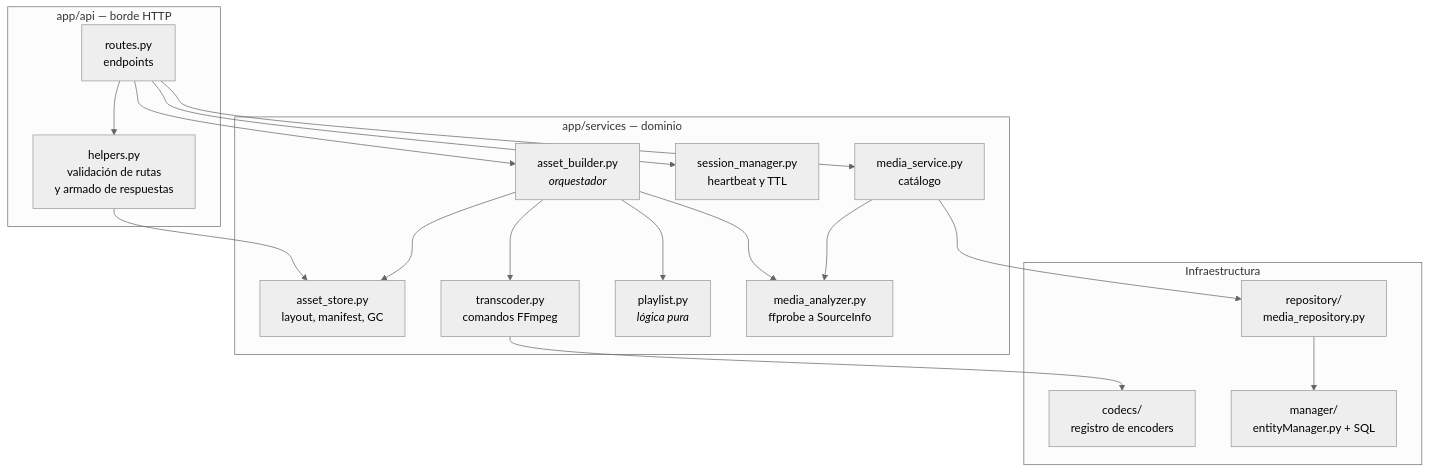
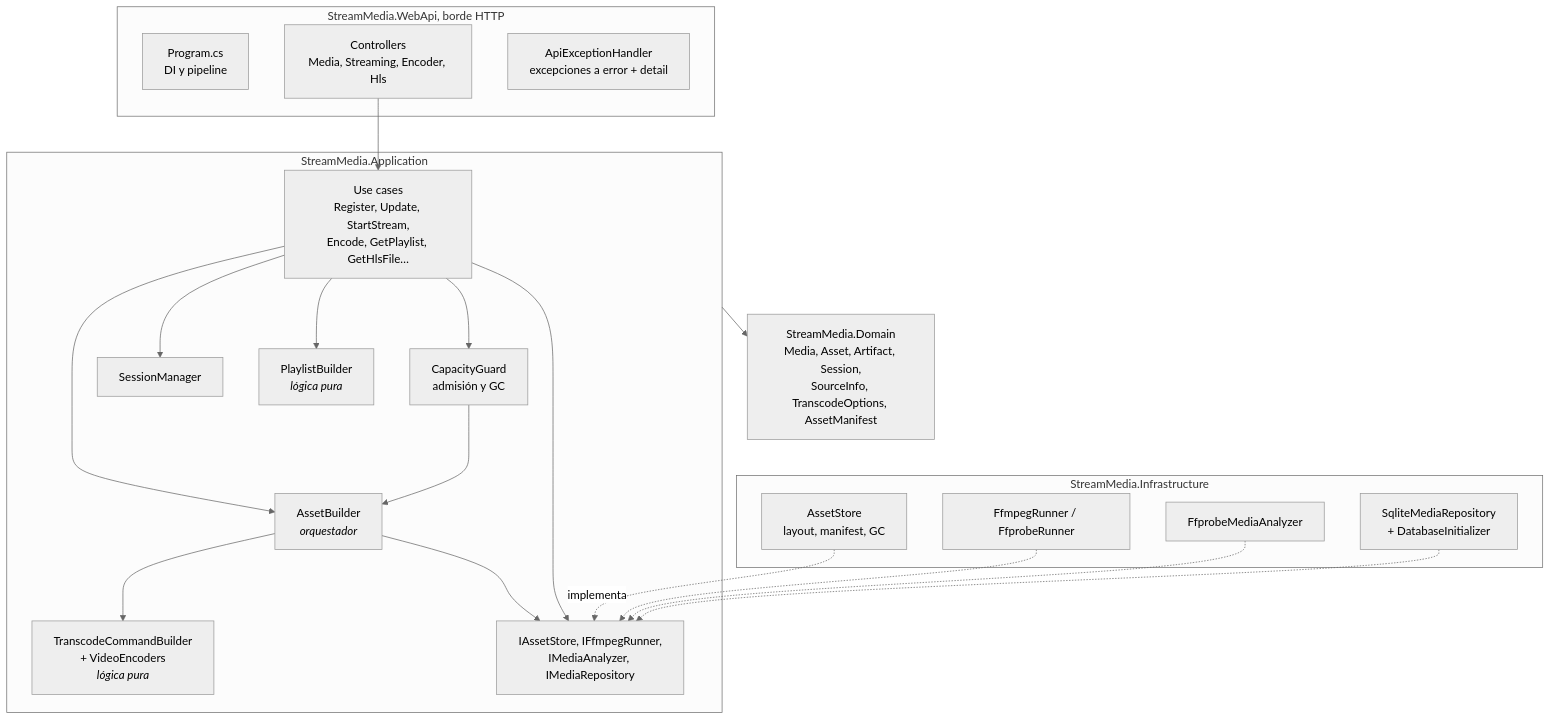
Before and after one commit to Juan045/home-stream-app: the third of 15 diagrams in system_arquitecture.md, drawn with Mermaid (neutral theme). The commit also changed other lines of this file and 8 other files, not shown here.

````diff
--- a/system_arquitecture.md
+++ b/system_arquitecture.md
@@ -117,37 +123,42 @@
 ```mermaid
 flowchart TB
-    subgraph api["app/api — borde HTTP"]
-        ROUTES["routes.py<br/>endpoints"]
-        HELP["helpers.py<br/>validación de rutas<br/>y armado de respuestas"]
+    subgraph web["StreamMedia.WebApi, borde HTTP"]
+        PROG["Program.cs<br/>DI y pipeline"]
+        CTRL["Controllers<br/>Media, Streaming, Encoder, Hls"]
+        ERR["ApiExceptionHandler<br/>excepciones a error + detail"]
     end
 
-    subgraph svc["app/services — dominio"]
-        BUILDER["asset_builder.py<br/><i>orquestador</i>"]
-        STORE["asset_store.py<br/>layout, manifest, GC"]
-        TRANS["transcoder.py<br/>comandos FFmpeg"]
-        PLAY["playlist.py<br/><i>lógica pura</i>"]
-        ANALYZ["media_analyzer.py<br/>ffprobe a SourceInfo"]
-        SESS["session_manager.py<br/>heartbeat y TTL"]
-        MSVC["media_service.py<br/>catálogo"]
+    subgraph app["StreamMedia.Application"]
+        UC["Use cases<br/>Register, Update, StartStream,<br/>Encode, GetPlaylist, GetHlsFile…"]
+        BUILDER["AssetBuilder<br/><i>orquestador</i>"]
+        GUARD["CapacityGuard<br/>admisión y GC"]
+        SESS["SessionManager"]
+        PLAY["PlaylistBuilder<br/><i>lógica pura</i>"]
+        CMD["TranscodeCommandBuilder<br/>+ VideoEncoders<br/><i>lógica pura</i>"]
+        IFACES["IAssetStore, IFfmpegRunner,<br/>IMediaAnalyzer, IMediaRepository"]
     end
 
-    subgraph inf["Infraestructura"]
-        CODECS["codecs/<br/>registro de encoders"]
-        REPO["repository/<br/>media_repository.py"]
-        MGR["manager/<br/>entityManager.py + SQL"]
+    subgraph inf["StreamMedia.Infrastructure"]
+        STORE["AssetStore<br/>layout, manifest, GC"]
+        RUN["FfmpegRunner / FfprobeRunner"]
+        ANALYZ["FfprobeMediaAnalyzer"]
+        REPO["SqliteMediaRepository<br/>+ DatabaseInitializer"]
     end
 
-    ROUTES --> HELP
-    ROUTES --> BUILDER
-    ROUTES --> SESS
-    ROUTES --> MSVC
-    HELP --> STORE
-    BUILDER --> STORE
-    BUILDER --> TRANS
-    BUILDER --> PLAY
-    BUILDER --> ANALYZ
-    TRANS --> CODECS
-    MSVC --> ANALYZ
-    MSVC --> REPO
-    REPO --> MGR
+    DOM["StreamMedia.Domain<br/>Media, Asset, Artifact, Session,<br/>SourceInfo, TranscodeOptions, AssetManifest"]
+
+    CTRL --> UC
+    UC --> BUILDER
+    UC --> GUARD
+    UC --> SESS
+    UC --> PLAY
+    GUARD --> BUILDER
+    BUILDER --> CMD
+    BUILDER --> IFACES
+    UC --> IFACES
+    STORE -.->|"implementa"| IFACES
+    RUN -.-> IFACES
+    ANALYZ -.-> IFACES
+    REPO -.-> IFACES
+    app --> DOM
 ```
````
